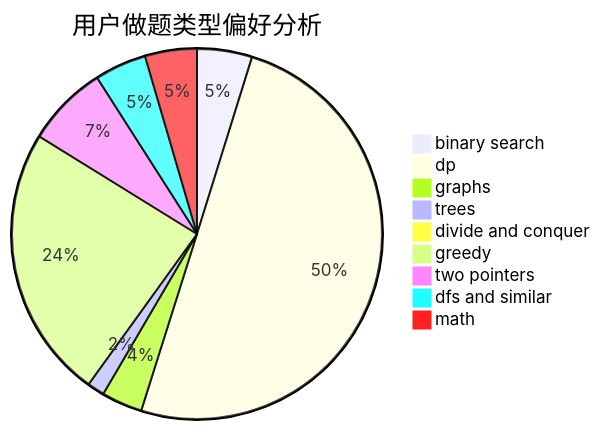
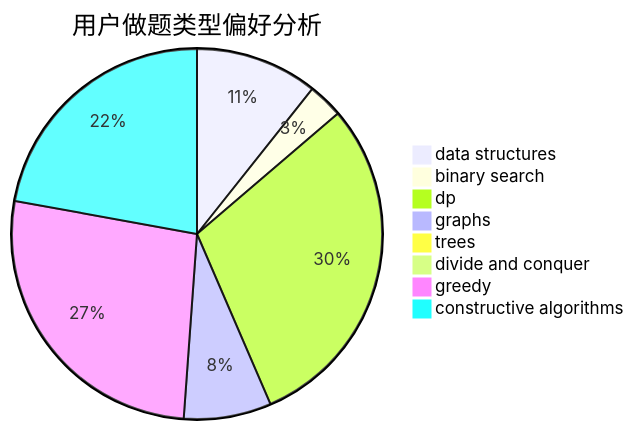
Before and after one commit to sherpahu/cfrs.github.io: the second of 3 diagrams in docs/user/u2435.md, drawn with Mermaid. The commit also changed other lines of this file and 2775 other files, not shown here.

````diff
--- a/docs/user/u2435.md
+++ b/docs/user/u2435.md
@@ -23,12 +23,11 @@
 ```mermaid
 pie title 用户做题类型偏好分析
-    "binary search" :  35
-    "dp" :  365
-    "graphs" :  26
-    "trees" :  11
+    "data structures" :  14
+    "binary search" :  4
+    "dp" :  39
+    "graphs" :  10
+    "trees" :  0
     "divide and conquer" :  0
-    "greedy" :  174
-    "two pointers" :  52
-    "dfs and similar" :  33
-    "math" :  33
+    "greedy" :  35
+    "constructive algorithms" :  29
 ```
````
